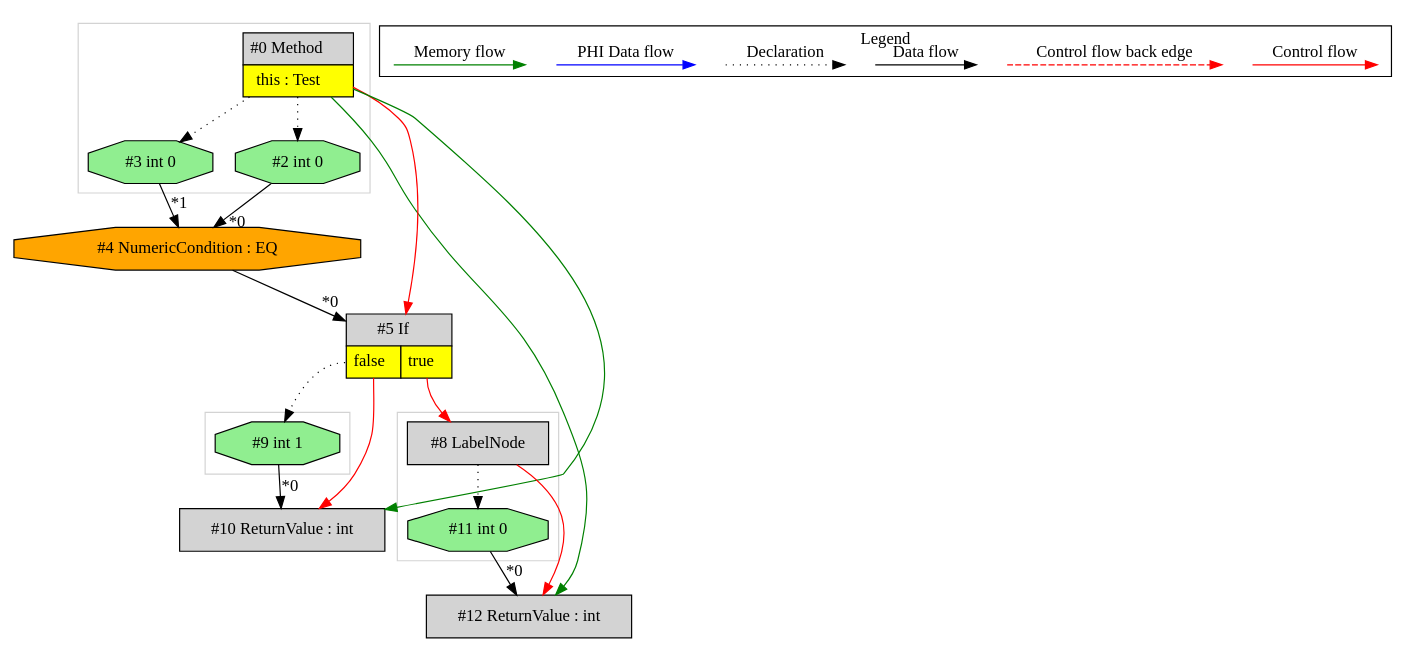
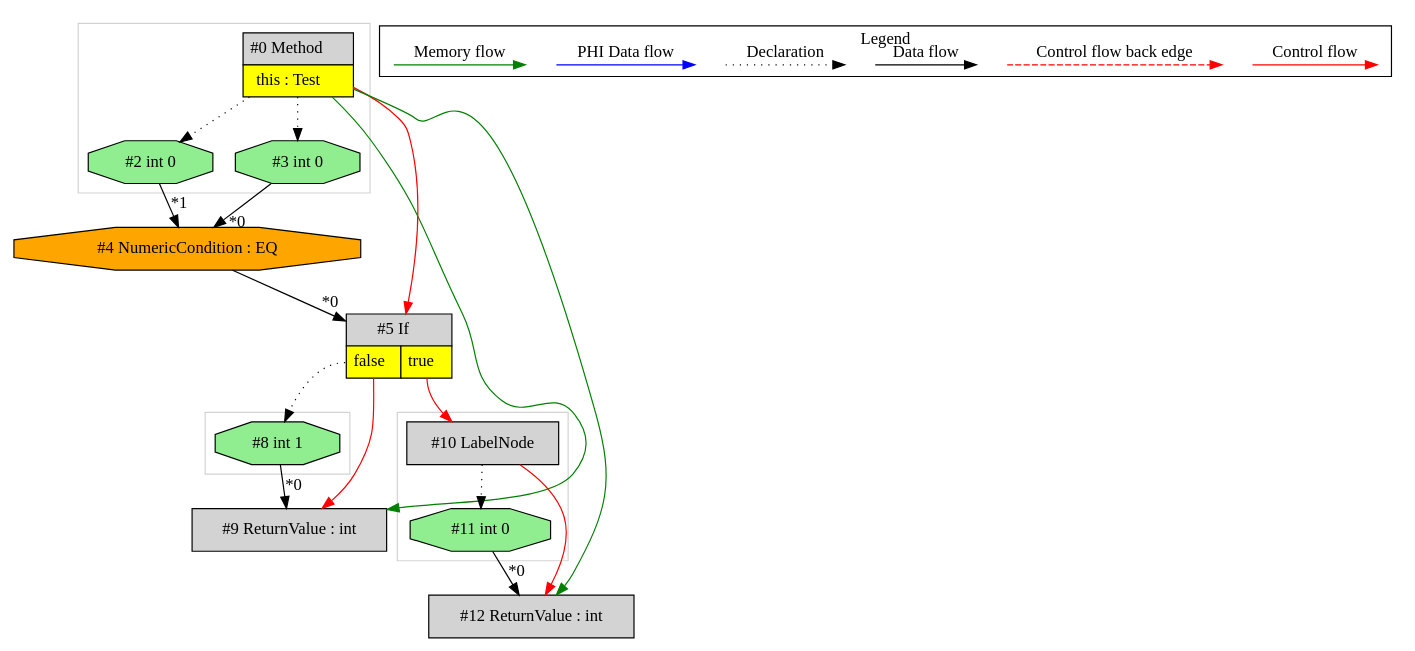
One commit to mirkosertic/MetaIR changed the diagram in de.mirkosertic.metair.ir.OpcodeIFICMPEQTest/test_IF_ICMPEQ/ir.dot. Above: the diagram before and after it, drawn with Graphviz. The commit also changed 1222 other files, not shown here.

```diff
--- a/de.mirkosertic.metair.ir.OpcodeIFICMPEQTest/test_IF_ICMPEQ/ir.dot
+++ b/de.mirkosertic.metair.ir.OpcodeIFICMPEQTest/test_IF_ICMPEQ/ir.dot
@@ -1,69 +1,69 @@
 digraph {
  ordering="in";
  node0[margin="0", label=<<table border="0" cellborder="1" cellspacing="0" cellpadding="5"><tr><td colspan="1">#0 Method</td></tr><tr><td port="prj1" bgcolor="yellow">this : Test</td></tr></table>>,shape=none, fillcolor=lightgrey, style=filled];
- node12[label="#12 ReturnValue : int",shape=box, fillcolor=lightgrey, style=filled];
- node11 -> node12[headlabel="*0", labeldistance=2];
- node8 -> node12[labeldistance=2, color=red, fontcolor=red];
- node0 -> node12[labeldistance=2, color=green, constraint=false];
- node8[label="#8 LabelNode",shape=box, fillcolor=lightgrey, style=filled];
- node5:prj6 -> node8[labeldistance=2, color=red, fontcolor=red];
- node5[margin="0", label=<<table border="0" cellborder="1" cellspacing="0" cellpadding="5"><tr><td colspan="2">#5 If</td></tr><tr><td port="prj7" bgcolor="yellow">false</td><td port="prj6" bgcolor="yellow">true</td></tr></table>>,shape=none, fillcolor=lightgrey, style=filled];
+ node9[label="#9 ReturnValue : int",shape=box, fillcolor=lightgrey, style=filled];
+ node8 -> node9[headlabel="*0", labeldistance=2];
+ node5:prj6 -> node9[labeldistance=2, color=red, fontcolor=red];
+ node0 -> node9[labeldistance=2, color=green, constraint=false];
+ node5[margin="0", label=<<table border="0" cellborder="1" cellspacing="0" cellpadding="5"><tr><td colspan="2">#5 If</td></tr><tr><td port="prj6" bgcolor="yellow">false</td><td port="prj7" bgcolor="yellow">true</td></tr></table>>,shape=none, fillcolor=lightgrey, style=filled];
  node4 -> node5[headlabel="*0", labeldistance=2];
  node0 -> node5[labeldistance=2, color=red, fontcolor=red];
  node4[label="#4 NumericCondition : EQ",shape=octagon, fillcolor=orange, style=filled];
- node2 -> node4[headlabel="*0", labeldistance=2];
- node3 -> node4[headlabel="*1", labeldistance=2];
+ node3 -> node4[headlabel="*0", labeldistance=2];
+ node2 -> node4[headlabel="*1", labeldistance=2];
+ node2[label="#2 int 0",shape=octagon, fillcolor=lightgreen, style=filled];
+ node0 -> node2[style=dotted];
  node3[label="#3 int 0",shape=octagon, fillcolor=lightgreen, style=filled];
  node0 -> node3[style=dotted];
- node2[label="#2 int 0",shape=octagon, fillcolor=lightgreen, style=filled];
- node0 -> node2[style=dotted];
- node9[label="#9 int 1",shape=octagon, fillcolor=lightgreen, style=filled];
- node5:prj7 -> node9[style=dotted];
- node10[label="#10 ReturnValue : int",shape=box, fillcolor=lightgrey, style=filled];
- node9 -> node10[headlabel="*0", labeldistance=2];
+ node10[label="#10 LabelNode",shape=box, fillcolor=lightgrey, style=filled];
  node5:prj7 -> node10[labeldistance=2, color=red, fontcolor=red];
- node0 -> node10[labeldistance=2, color=green, constraint=false];
+ node12[label="#12 ReturnValue : int",shape=box, fillcolor=lightgrey, style=filled];
+ node11 -> node12[headlabel="*0", labeldistance=2];
+ node10 -> node12[labeldistance=2, color=red, fontcolor=red];
+ node0 -> node12[labeldistance=2, color=green, constraint=false];
  node11[label="#11 int 0",shape=octagon, fillcolor=lightgreen, style=filled];
- node8 -> node11[style=dotted];
+ node10 -> node11[style=dotted];
+ node8[label="#8 int 1",shape=octagon, fillcolor=lightgreen, style=filled];
+ node5:prj6 -> node8[style=dotted];
  subgraph cluster_0 {
+  color=lightgray;
+  node8;
+ }
+ subgraph cluster_1 {
+  color=lightgray;
+  node10;
+  node11;
+ }
+ subgraph cluster_2 {
   color=lightgray;
   node0;
   node2;
   node3;
- }
- subgraph cluster_1 {
-  color=lightgray;
-  node8;
-  node11;
- }
- subgraph cluster_2 {
-  color=lightgray;
-  node9;
  }
  subgraph cluster_000 {
   label = "Legend";
   node [shape=point]
   {
    rank=same;
    c0 [style = invis];
    c1 [style = invis];
    c2 [style = invis];
    c3 [style = invis];
    d0 [style = invis];
    d1 [style = invis];
    d2 [style = invis];
    d3 [style = invis];
    d4 [style = invis];
    d5 [style = invis];
    d6 [style = invis];
    d7 [style = invis];
   }
   c0 -> c1 [label="Control flow", style=solid, color=red]
   c2 -> c3 [label="Control flow back edge", style=dashed, color=red]
   d0 -> d1 [label="Data flow"]
   d2 -> d3 [label="Declaration", style=dotted]
   d4 -> d5 [label="PHI Data flow", color=blue]
   d6 -> d7 [label="Memory flow", color=green]
  }
 
 }
```
